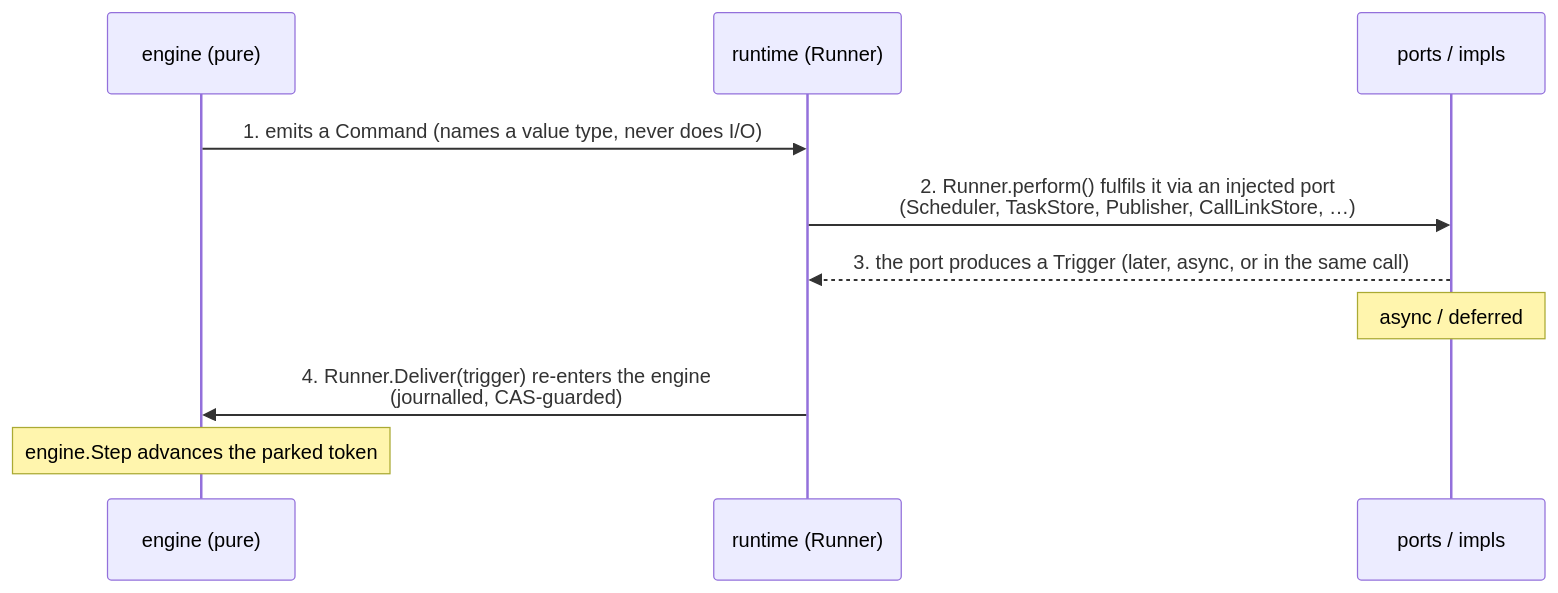
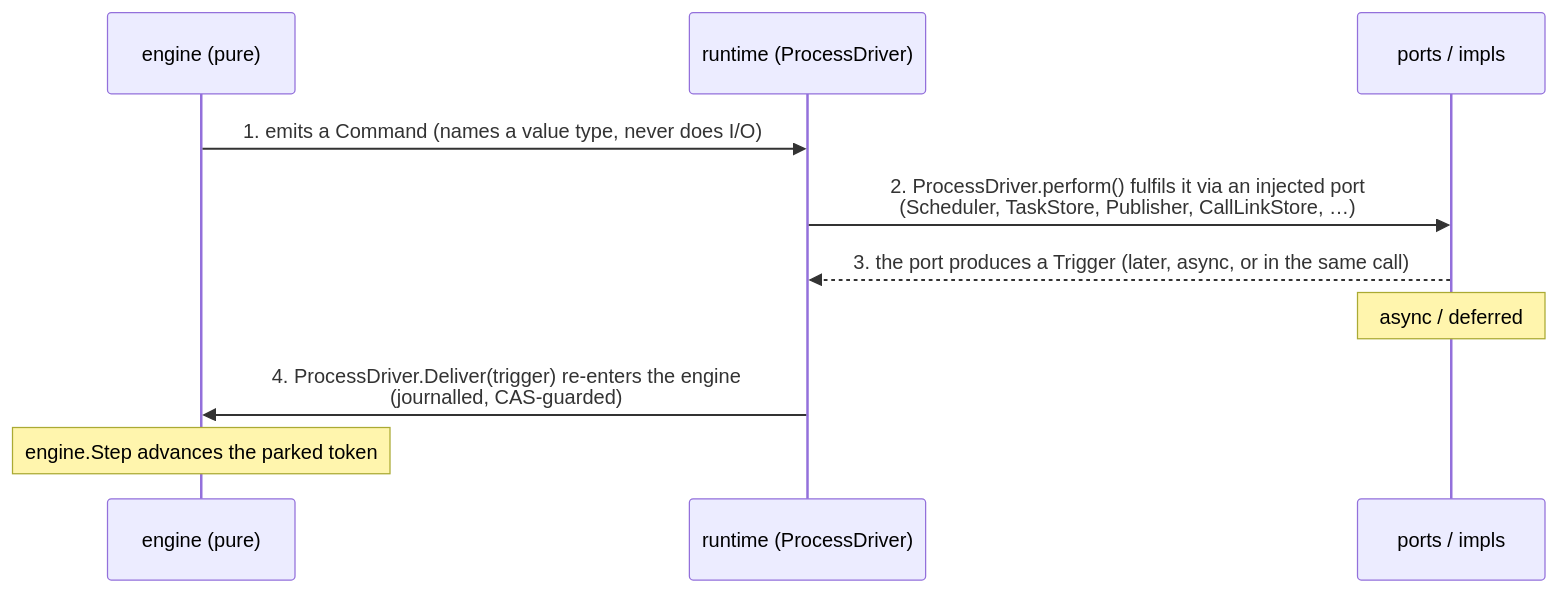
The first of 9 diagrams in INTERACTIONS.md (kartaladev/wrkflw), drawn with Mermaid before and after one commit. The commit also changed other lines of this file and 40 other files, not shown here.

````diff
--- a/INTERACTIONS.md
+++ b/INTERACTIONS.md
@@ -17,13 +17,13 @@
 ```mermaid
 sequenceDiagram
     participant E as engine (pure)
-    participant R as runtime (Runner)
+    participant R as runtime (ProcessDriver)
     participant P as ports / impls
 
     E->>R: 1. emits a Command (names a value type, never does I/O)
-    R->>P: 2. Runner.perform() fulfils it via an injected port<br/>(Scheduler, TaskStore, Publisher, CallLinkStore, …)
+    R->>P: 2. ProcessDriver.perform() fulfils it via an injected port<br/>(Scheduler, TaskStore, Publisher, CallLinkStore, …)
     P-->>R: 3. the port produces a Trigger (later, async, or in the same call)
     Note over P: async / deferred
-    R->>E: 4. Runner.Deliver(trigger) re-enters the engine<br/>(journalled, CAS-guarded)
+    R->>E: 4. ProcessDriver.Deliver(trigger) re-enters the engine<br/>(journalled, CAS-guarded)
     Note over E: engine.Step advances the parked token
 ```
````
